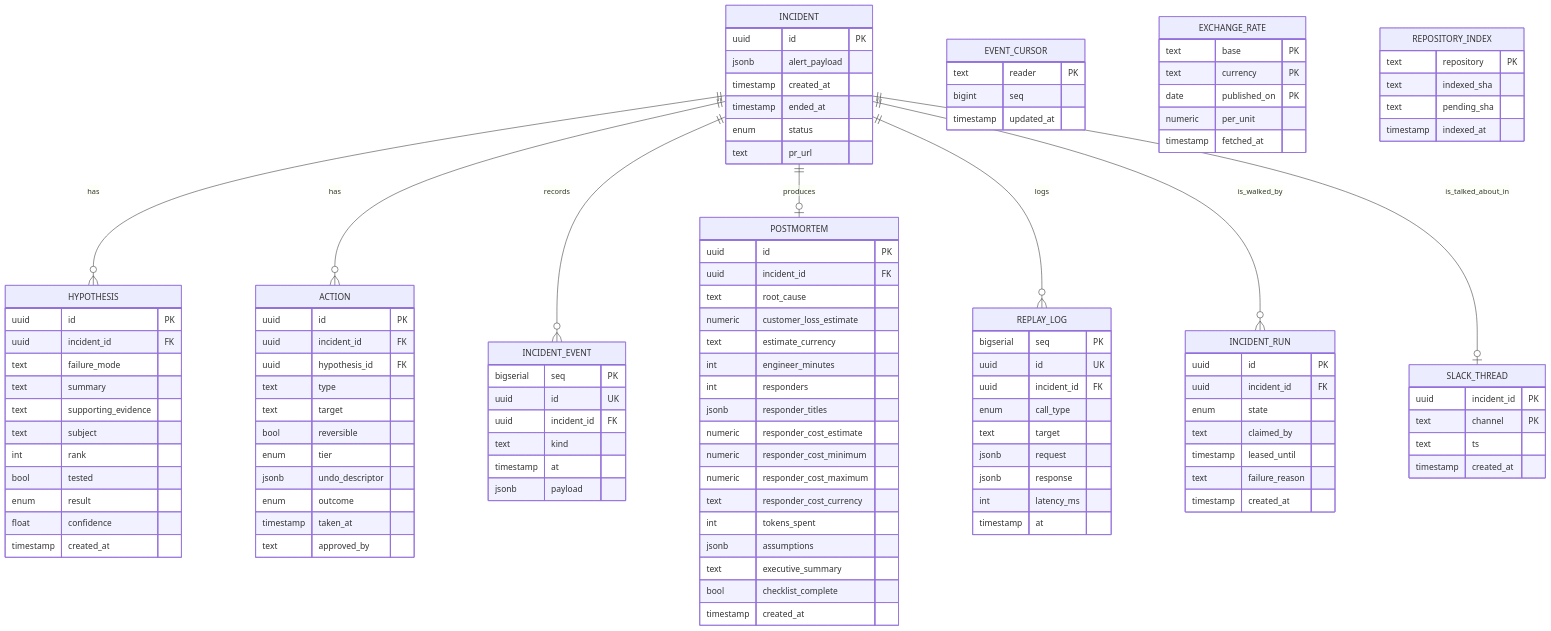
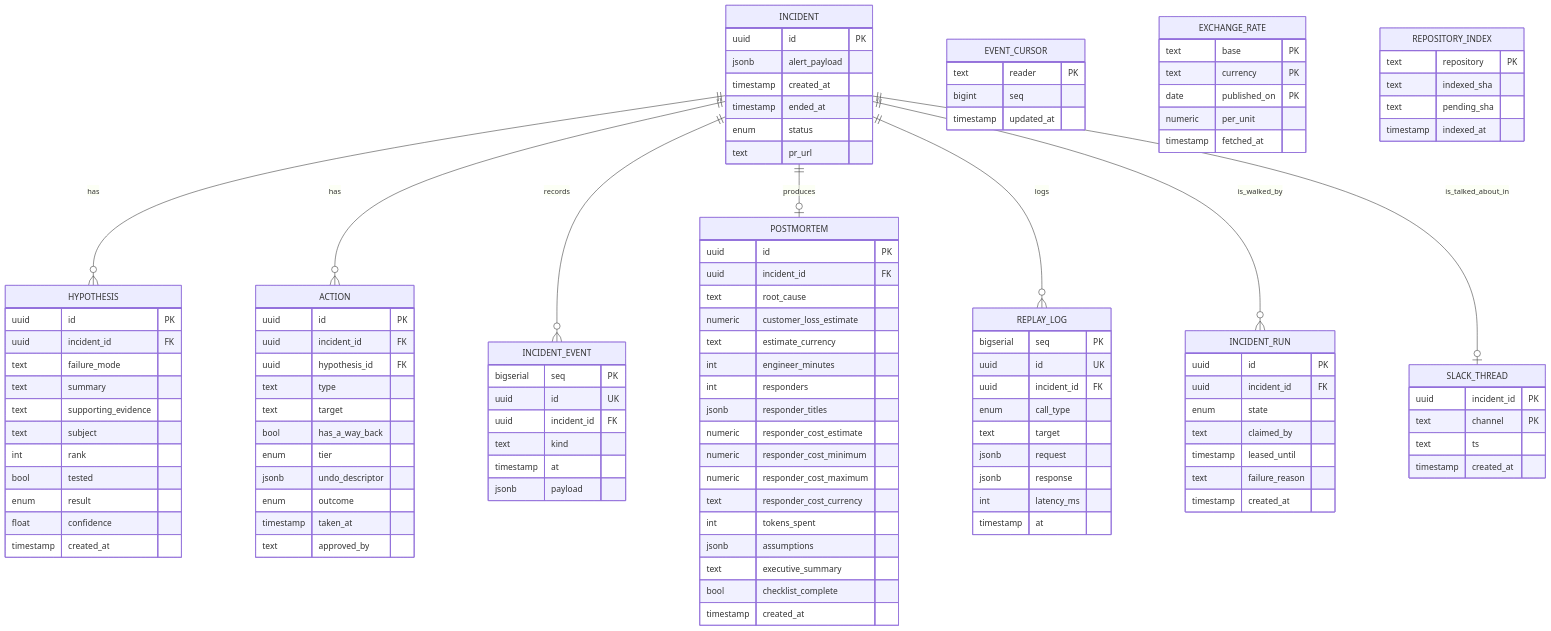
The fourth of 5 diagrams in docs/spec-and-architecture.md (ohadraz/Argus), drawn with Mermaid before and after one commit. The commit also changed other lines of this file and 49 other files, not shown here.

```diff
--- a/docs/spec-and-architecture.md
+++ b/docs/spec-and-architecture.md
@@ -368,7 +376,7 @@
         uuid hypothesis_id FK
         text type
         text target
-        bool reversible
+        bool has_a_way_back
         enum tier
         jsonb undo_descriptor
         enum outcome
```
